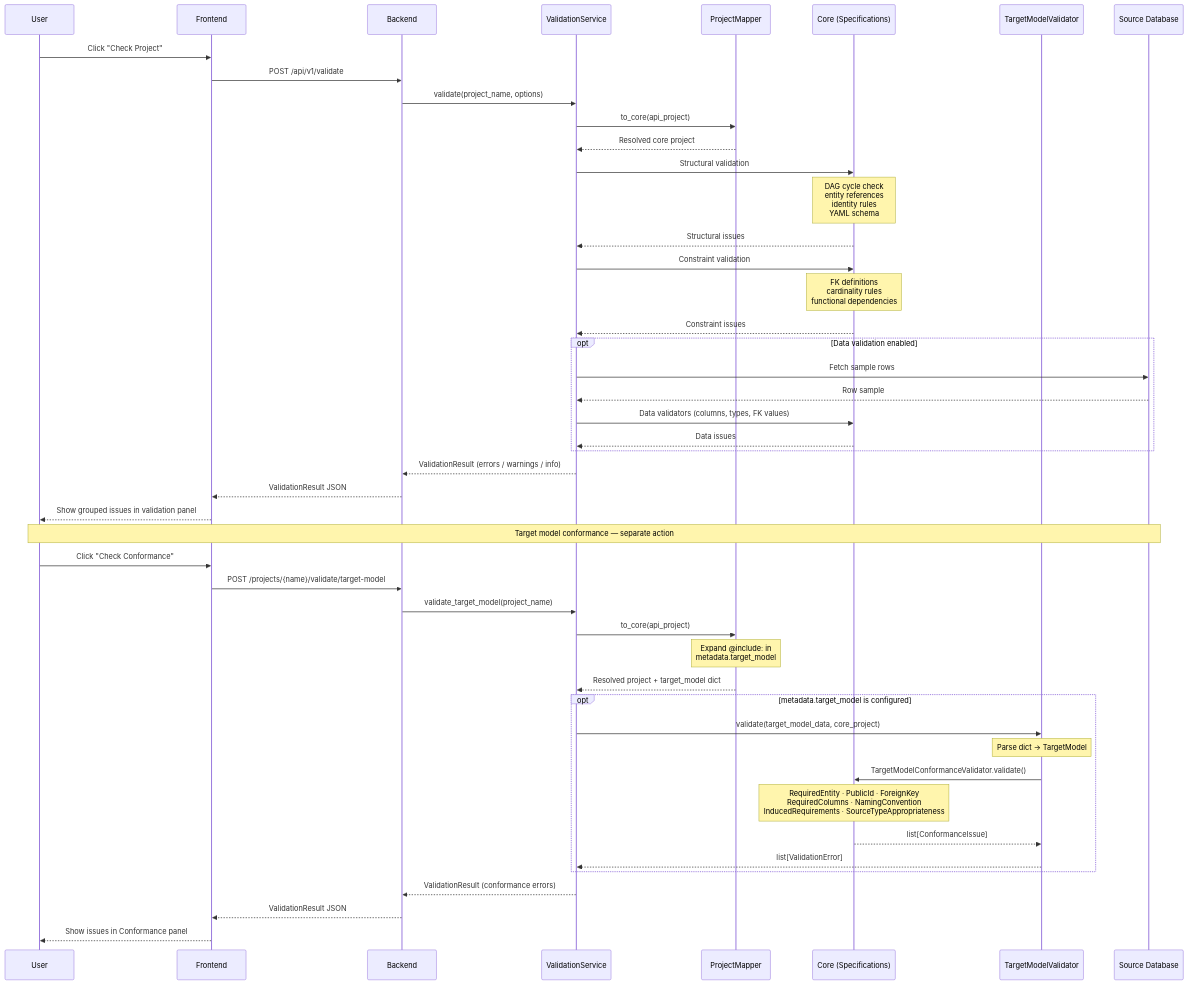
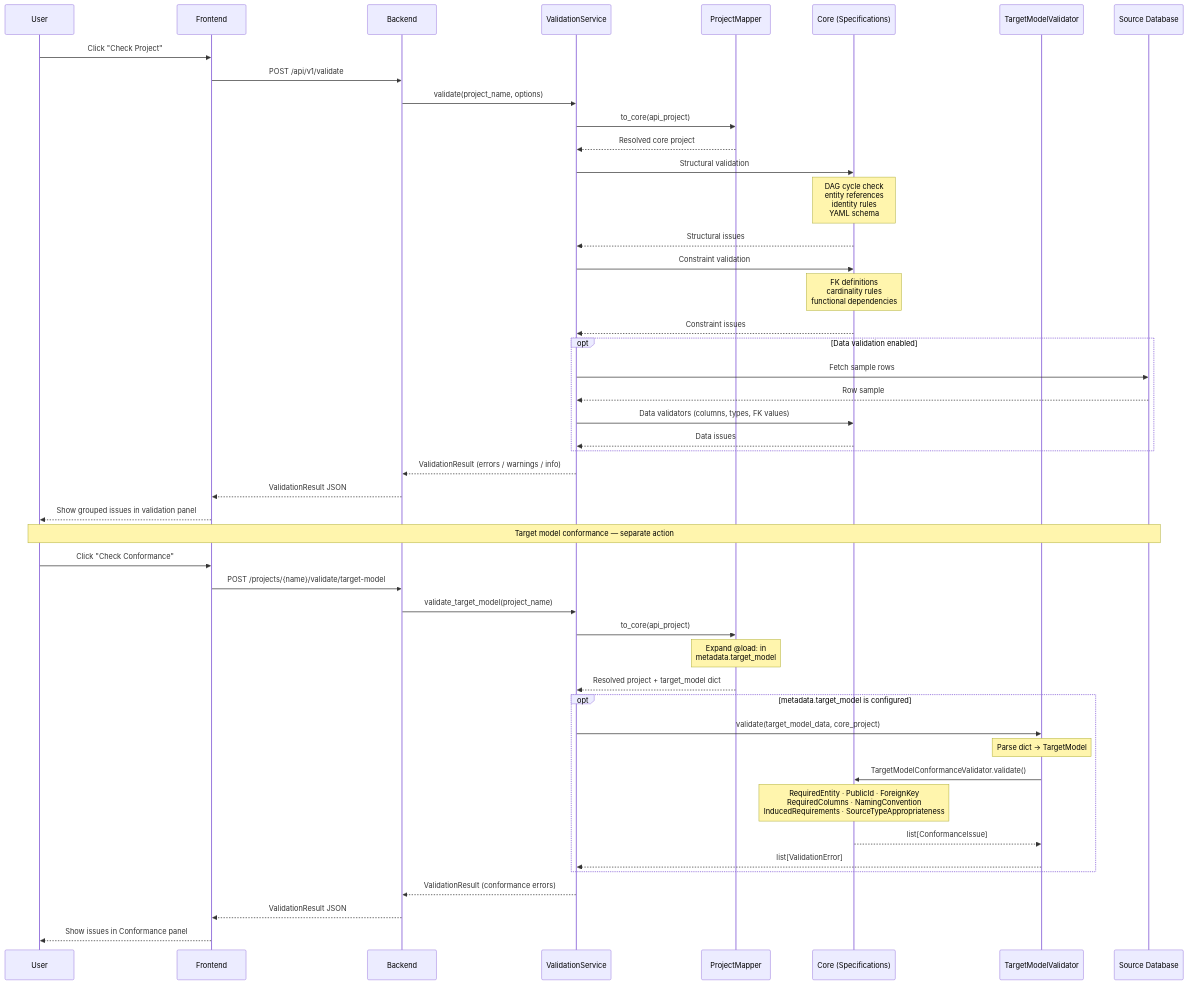
Diagram 15 of 24 in docs/DIAGRAMS.md (humlab-sead/sead_shape_shifter), drawn with Mermaid before and after one commit. The commit also changed 21 other files, not shown here.

Commit message:
refactor: make @load the default directive for target model

````diff
--- a/docs/DIAGRAMS.md
+++ b/docs/DIAGRAMS.md
@@ -934,59 +934,59 @@
 ```mermaid
 sequenceDiagram
     participant U as User
     participant FE as Frontend
     participant BE as Backend
     participant VS as ValidationService
     participant PM as ProjectMapper
     participant CORE as Core (Specifications)
     participant TMV as TargetModelValidator
     participant DB as Source Database
 
     U->>FE: Click "Check Project"
     FE->>BE: POST /api/v1/validate
     BE->>VS: validate(project_name, options)
 
     VS->>PM: to_core(api_project)
     PM-->>VS: Resolved core project
 
     VS->>CORE: Structural validation
     note over CORE: DAG cycle check<br/>entity references<br/>identity rules<br/>YAML schema
     CORE-->>VS: Structural issues
 
     VS->>CORE: Constraint validation
     note over CORE: FK definitions<br/>cardinality rules<br/>functional dependencies
     CORE-->>VS: Constraint issues
 
     opt Data validation enabled
         VS->>DB: Fetch sample rows
         DB-->>VS: Row sample
         VS->>CORE: Data validators (columns, types, FK values)
         CORE-->>VS: Data issues
     end
 
     VS-->>BE: ValidationResult (errors / warnings / info)
     BE-->>FE: ValidationResult JSON
     FE-->>U: Show grouped issues in validation panel
 
     note over U,DB: Target model conformance — separate action
 
     U->>FE: Click "Check Conformance"
     FE->>BE: POST /projects/{name}/validate/target-model
     BE->>VS: validate_target_model(project_name)
     VS->>PM: to_core(api_project)
-    note over PM: Expand @include: in<br/>metadata.target_model
+    note over PM: Expand @load: in<br/>metadata.target_model
     PM-->>VS: Resolved project + target_model dict
 
     opt metadata.target_model is configured
         VS->>TMV: validate(target_model_data, core_project)
         note over TMV: Parse dict → TargetModel
         TMV->>CORE: TargetModelConformanceValidator.validate()
         note over CORE: RequiredEntity · PublicId · ForeignKey<br/>RequiredColumns · NamingConvention<br/>InducedRequirements · SourceTypeAppropriateness
         CORE-->>TMV: list[ConformanceIssue]
         TMV-->>VS: list[ValidationError]
     end
 
     VS-->>BE: ValidationResult (conformance errors)
     BE-->>FE: ValidationResult JSON
     FE-->>U: Show issues in Conformance panel
 ```
````
